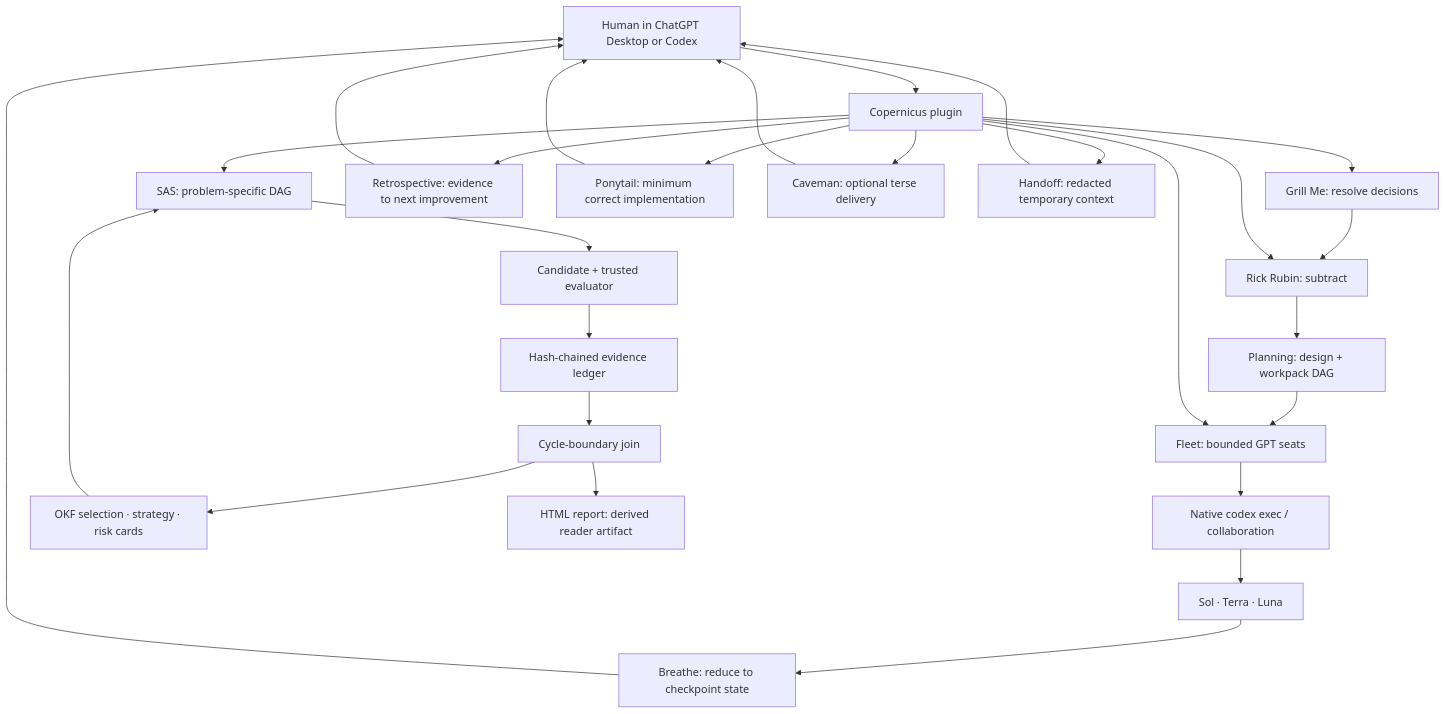
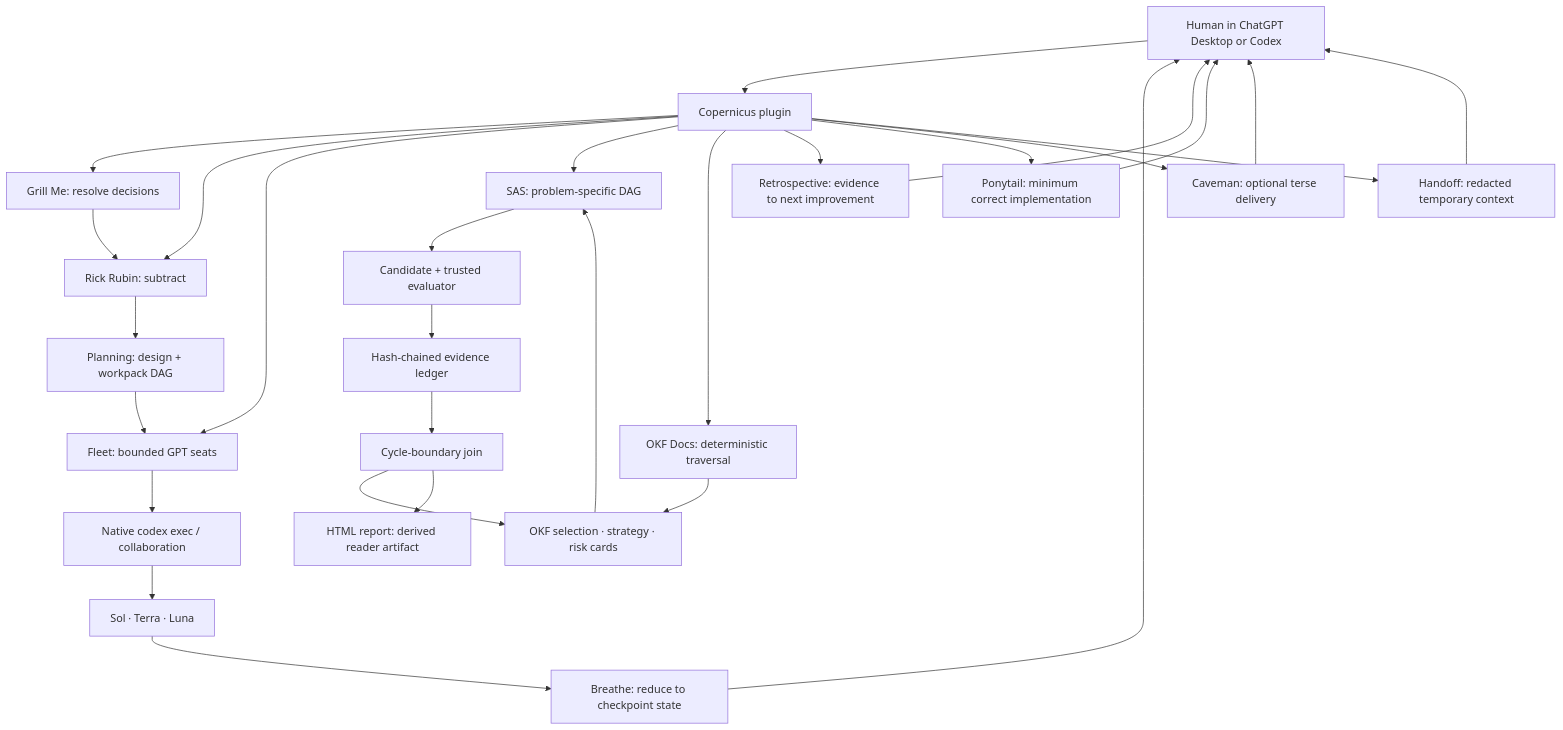
The diagram in docs/copernicus/architecture.md (Babinci/copernicus), drawn with Mermaid before and after one commit. The commit also changed other lines of this file and 37 other files, not shown here.

````diff
--- a/docs/copernicus/architecture.md
+++ b/docs/copernicus/architecture.md
@@ -14,29 +14,31 @@
 ```mermaid
 flowchart TD
     U["Human in ChatGPT Desktop or Codex"] --> P["Copernicus plugin"]
     P --> Q["Grill Me: resolve decisions"]
     Q --> R
     P --> R["Rick Rubin: subtract"]
     R --> W["Planning: design + workpack DAG"]
     W --> F
     P --> F["Fleet: bounded GPT seats"]
     P --> S["SAS: problem-specific DAG"]
     F --> C["Native codex exec / collaboration"]
     C --> M["Sol · Terra · Luna"]
     M --> B["Breathe: reduce to checkpoint state"]
     B --> U
     S --> G["Candidate + trusted evaluator"]
     G --> E["Hash-chained evidence ledger"]
     E --> J["Cycle-boundary join"]
     J --> O["OKF selection · strategy · risk cards"]
+    P --> D["OKF Docs: deterministic traversal"]
+    D --> O
     J --> H["HTML report: derived reader artifact"]
     O --> S
     P --> K["Retrospective: evidence to next improvement"]
     P --> Y["Ponytail: minimum correct implementation"]
     P --> V["Caveman: optional terse delivery"]
     P --> T["Handoff: redacted temporary context"]
     K --> U
     Y --> U
     V --> U
     T --> U
 ```
````
